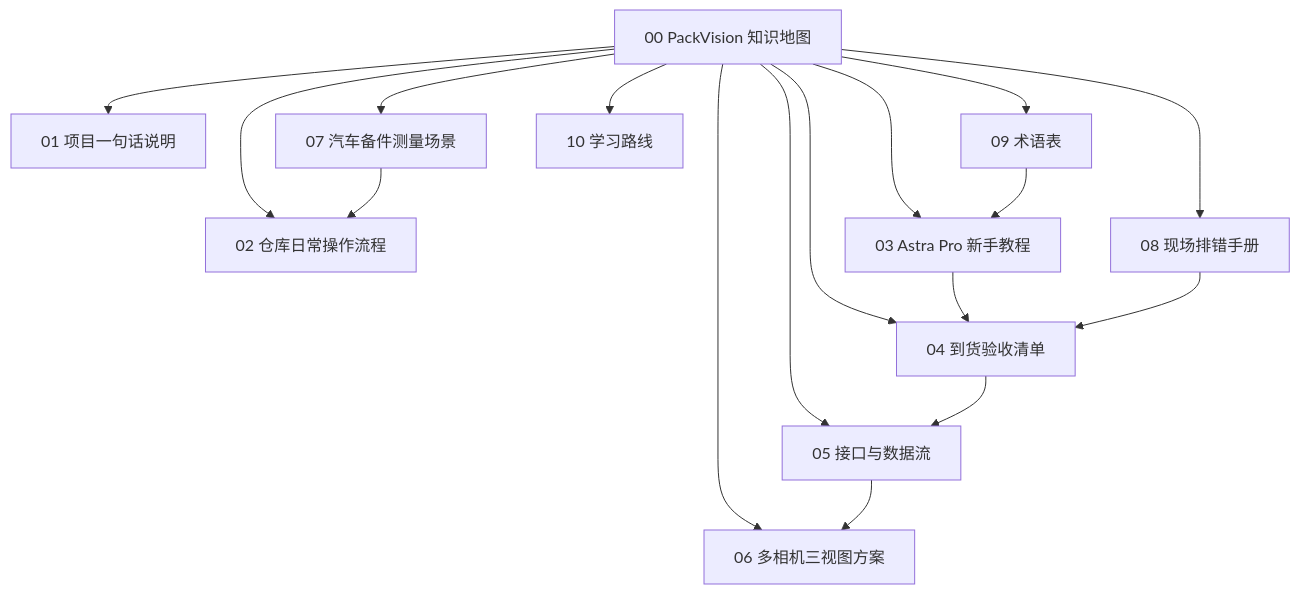
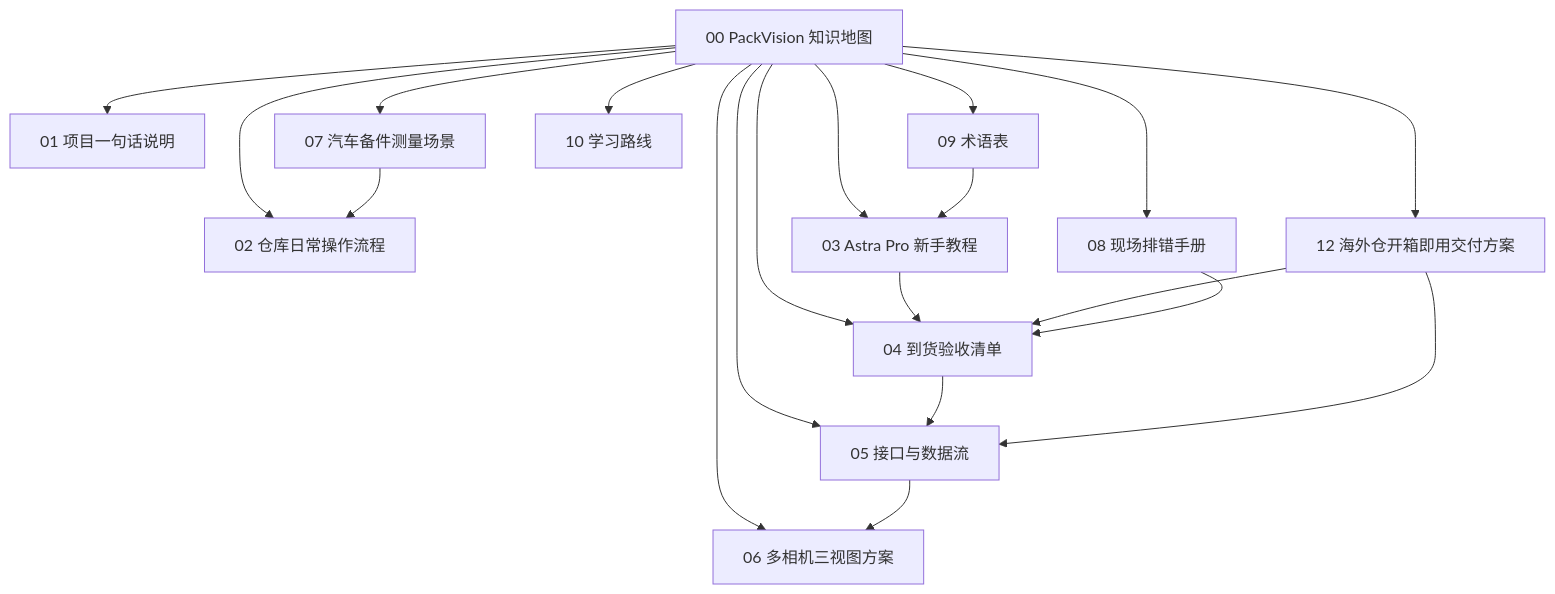
Before and after one commit to BilibiliSZdaomei/packvision: the diagram in docs_obsidian/PackVision/00 PackVision 知识地图.md, drawn with Mermaid. The commit also changed other lines of this file and 8 other files, not shown here.

````diff
--- a/docs_obsidian/PackVision/00 PackVision 知识地图.md
+++ b/docs_obsidian/PackVision/00 PackVision 知识地图.md
@@ -35,19 +36,22 @@
 ```mermaid
 graph TD
   A["00 PackVision 知识地图"] --> B["01 项目一句话说明"]
   A --> C["02 仓库日常操作流程"]
   A --> D["03 Astra Pro 新手教程"]
   A --> E["04 到货验收清单"]
   A --> F["05 接口与数据流"]
   A --> G["06 多相机三视图方案"]
   A --> H["07 汽车备件测量场景"]
   A --> I["08 现场排错手册"]
   A --> J["09 术语表"]
   A --> K["10 学习路线"]
+  A --> L["12 海外仓开箱即用交付方案"]
   D --> E
   E --> F
   F --> G
+  L --> E
+  L --> F
   H --> C
   I --> E
   J --> D
 ```
````
